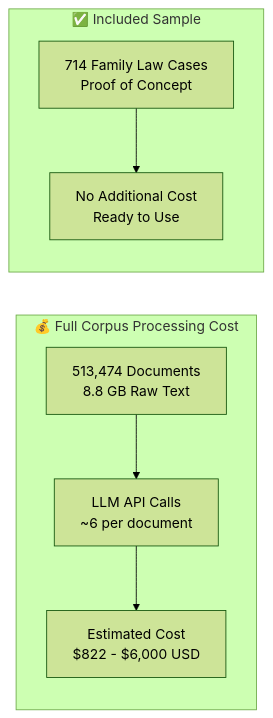
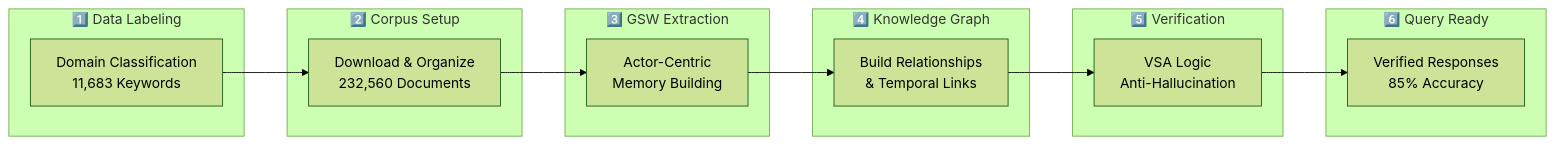
One commit to Verridian-ai/Functional-Structure-of-Episodic-Memory changed diagram 13 of 17 in README.md. Above: the diagram before and after it, drawn with Mermaid (forest theme). The commit also changed other lines of this file, not shown here.

First line of the commit message:
docs: Restructure to 6-step pipeline with Data Labeling first

````diff
--- a/README.md
+++ b/README.md
@@ -880,16 +882,28 @@
 ```mermaid
 flowchart LR
-    subgraph Cost["💰 Full Corpus Processing Cost"]
-        DOCS[513,474 Documents<br/>8.8 GB Raw Text]
-        API[LLM API Calls<br/>~6 per document]
-        TOTAL[Estimated Cost<br/>$822 - $6,000 USD]
+    subgraph Step1["1️⃣ Data Labeling"]
+        LABEL[Domain Classification<br/>11,683 Keywords]
     end
 
-    subgraph Sample["✅ Included Sample"]
-        SAMPLE[714 Family Law Cases<br/>Proof of Concept]
-        FREE[No Additional Cost<br/>Ready to Use]
+    subgraph Step2["2️⃣ Corpus Setup"]
+        DL[Download & Organize<br/>232,560 Documents]
     end
 
-    DOCS --> API --> TOTAL
-    SAMPLE --> FREE
+    subgraph Step3["3️⃣ GSW Extraction"]
+        GSW[Actor-Centric<br/>Memory Building]
+    end
+
+    subgraph Step4["4️⃣ Knowledge Graph"]
+        KG[Build Relationships<br/>& Temporal Links]
+    end
+
+    subgraph Step5["5️⃣ Verification"]
+        VSA[VSA Logic<br/>Anti-Hallucination]
+    end
+
+    subgraph Step6["6️⃣ Query Ready"]
+        QUERY[Verified Responses<br/>85% Accuracy]
+    end
+
+    LABEL --> DL --> GSW --> KG --> VSA --> QUERY
 ```
````
